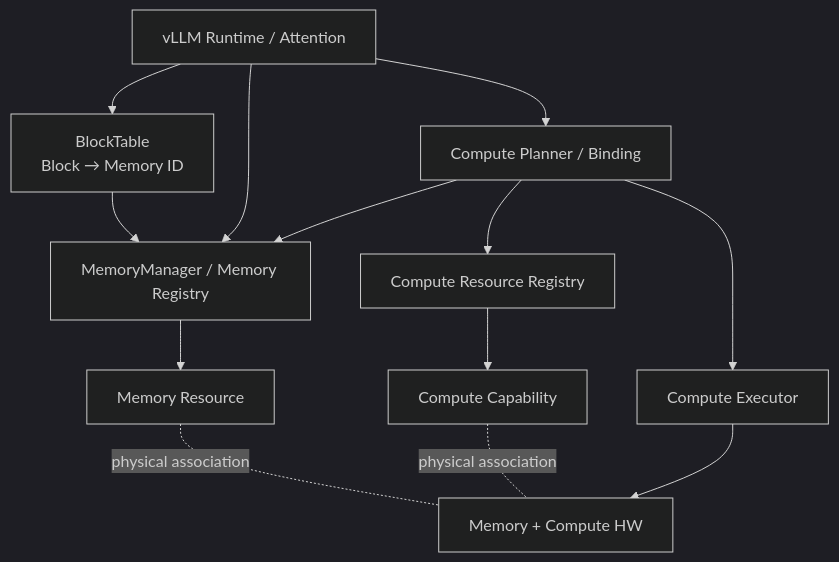
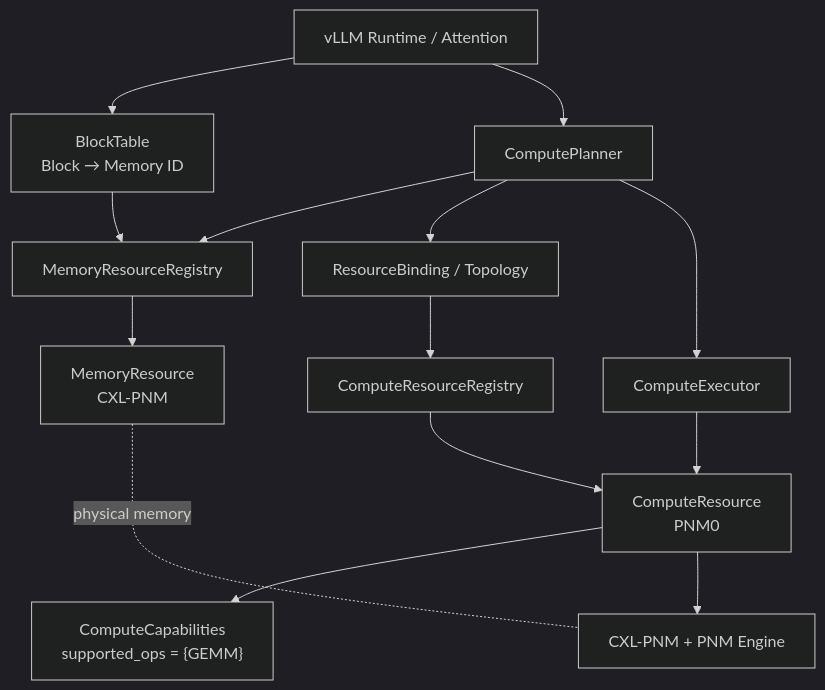
One commit to mkim0628/vllm changed the fifth of 8 diagrams in doc-mk/vllm-compute-capable-memory-candidates.md. Above: the diagram before and after it, drawn with Mermaid (dark theme). The commit also changed other lines of this file, not shown here.

````diff
--- a/doc-mk/vllm-compute-capable-memory-candidates.md
+++ b/doc-mk/vllm-compute-capable-memory-candidates.md
@@ -413,25 +244,28 @@
 ```mermaid
 graph TD
     APP["vLLM Runtime / Attention"]
     BT["BlockTable\nBlock → Memory ID"]
-    MM["MemoryManager / Memory Registry"]
-    MEM["Memory Resource"]
-    CR["Compute Resource Registry"]
-    CAP["Compute Capability"]
-    PLAN["Compute Planner / Binding"]
-    EXEC["Compute Executor"]
-    HW["Memory + Compute HW"]
+    MREG["MemoryResourceRegistry"]
+    MR["MemoryResource\nCXL-PNM"]
+    T["ResourceBinding / Topology"]
+    CREG["ComputeResourceRegistry"]
+    CR["ComputeResource\nPNM0"]
+    CAP["ComputeCapabilities\nsupported_ops = {GEMM}"]
+    PLAN["ComputePlanner"]
+    EXEC["ComputeExecutor"]
+    HW["CXL-PNM + PNM Engine"]
 
     APP --> BT
-    APP --> MM
-    BT --> MM
-    MM --> MEM
+    BT --> MREG
+    MREG --> MR
     APP --> PLAN
-    PLAN --> MM
-    PLAN --> CR
+    PLAN --> MREG
+    PLAN --> T
+    T --> CREG
+    CREG --> CR
     CR --> CAP
     PLAN --> EXEC
-    EXEC --> HW
-    MEM -. physical association .- HW
-    CAP -. physical association .- HW
+    EXEC --> CR
+    CR --> HW
+    MR -. physical memory .- HW
 ```
````
